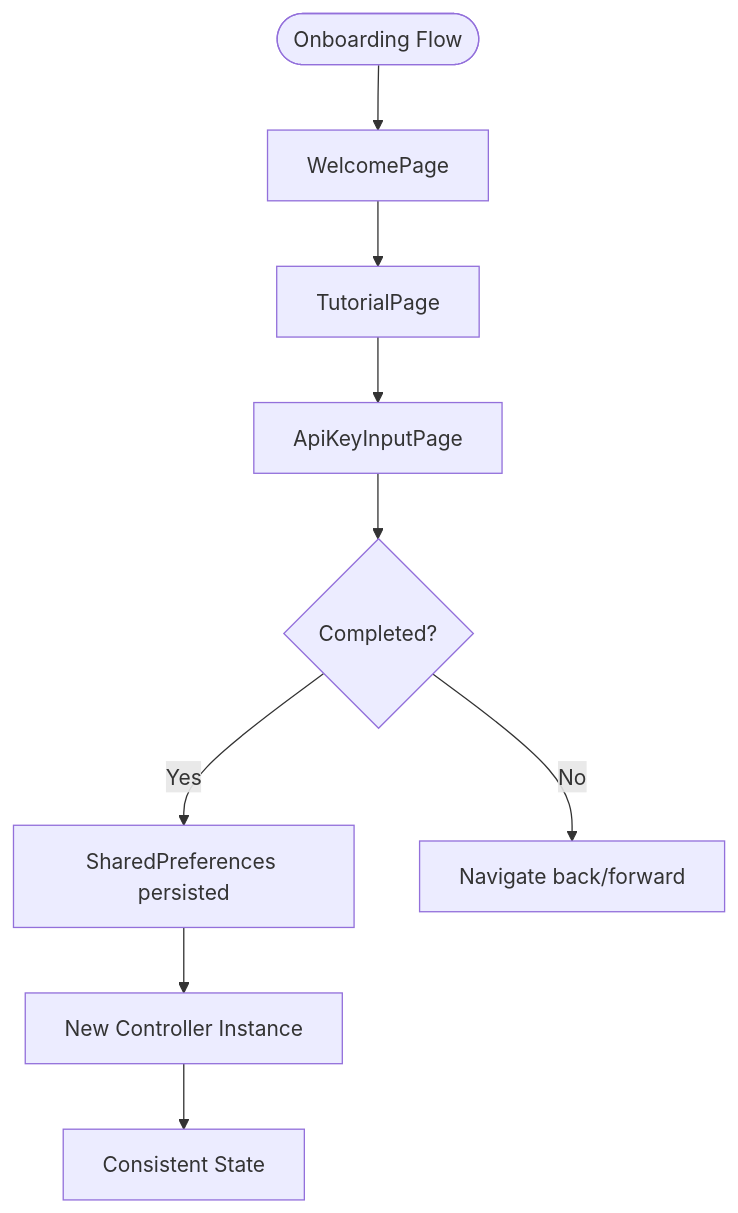
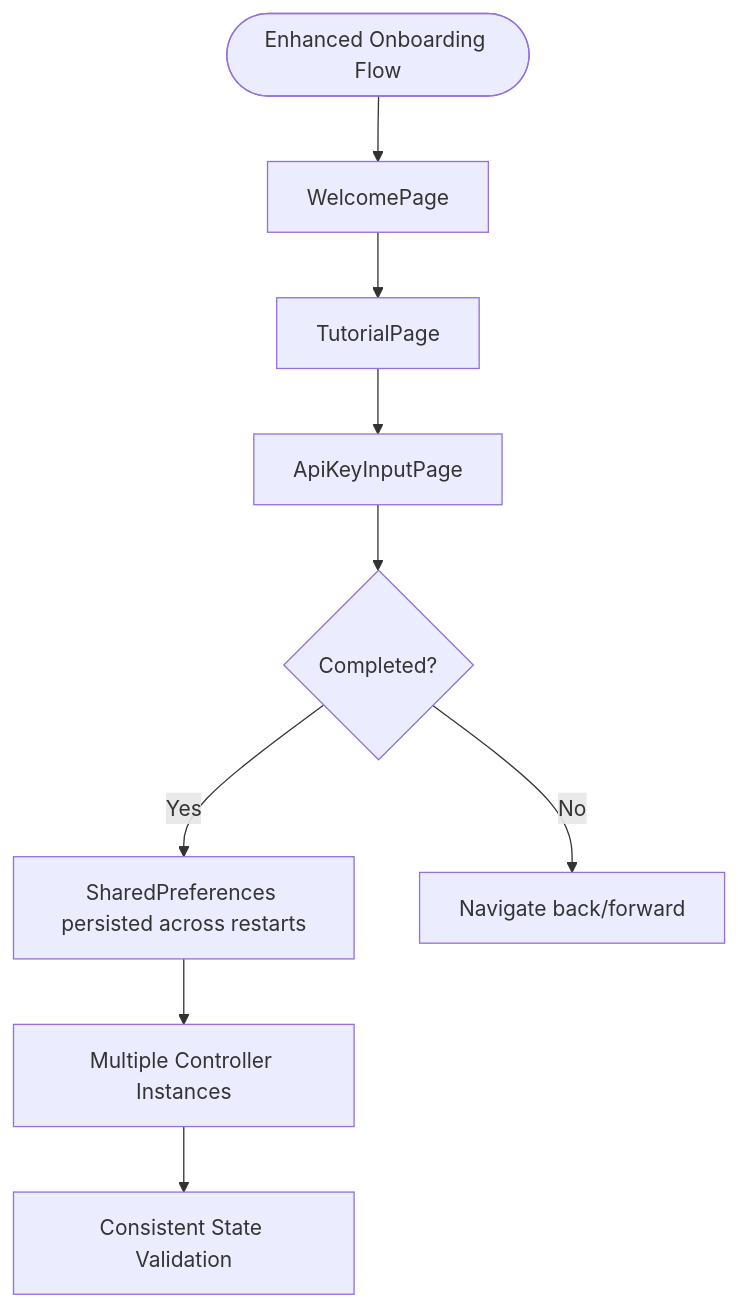
The eighth of 13 diagrams in .qoder/repowiki/en/content/Testing Strategy.md (JAaron93/StyleSync), drawn with Mermaid before and after one commit. The commit also changed other lines of this file and 36 other files, not shown here.

````diff
--- a/.qoder/repowiki/en/content/Testing Strategy.md
+++ b/.qoder/repowiki/en/content/Testing Strategy.md
@@ -336,11 +386,11 @@
 ```mermaid
 flowchart TD
-Start(["Onboarding Flow"]) --> Welcome["WelcomePage"]
+Start(["Enhanced Onboarding Flow"]) --> Welcome["WelcomePage"]
 Welcome --> Tutorial["TutorialPage"]
 Tutorial --> API["ApiKeyInputPage"]
 API --> Complete{"Completed?"}
-Complete --> |Yes| Persist["SharedPreferences persisted"]
+Complete --> |Yes| Persist["SharedPreferences persisted across restarts"]
 Complete --> |No| Navigate["Navigate back/forward"]
-Persist --> Restart["New Controller Instance"]
-Restart --> Consistency["Consistent State"]
+Persist --> Restart["Multiple Controller Instances"]
+Restart --> Consistency["Consistent State Validation"]
 ```
````
